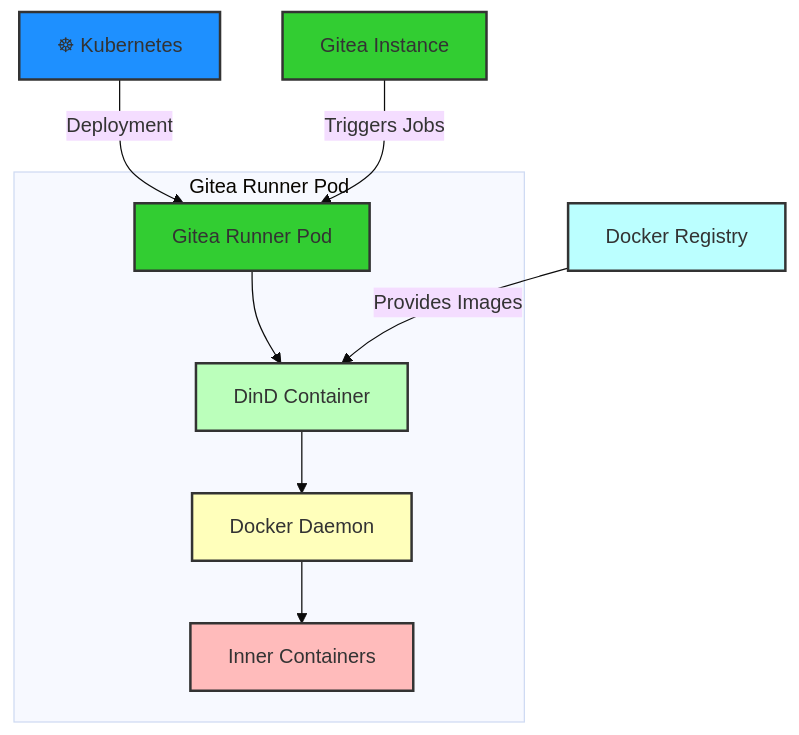
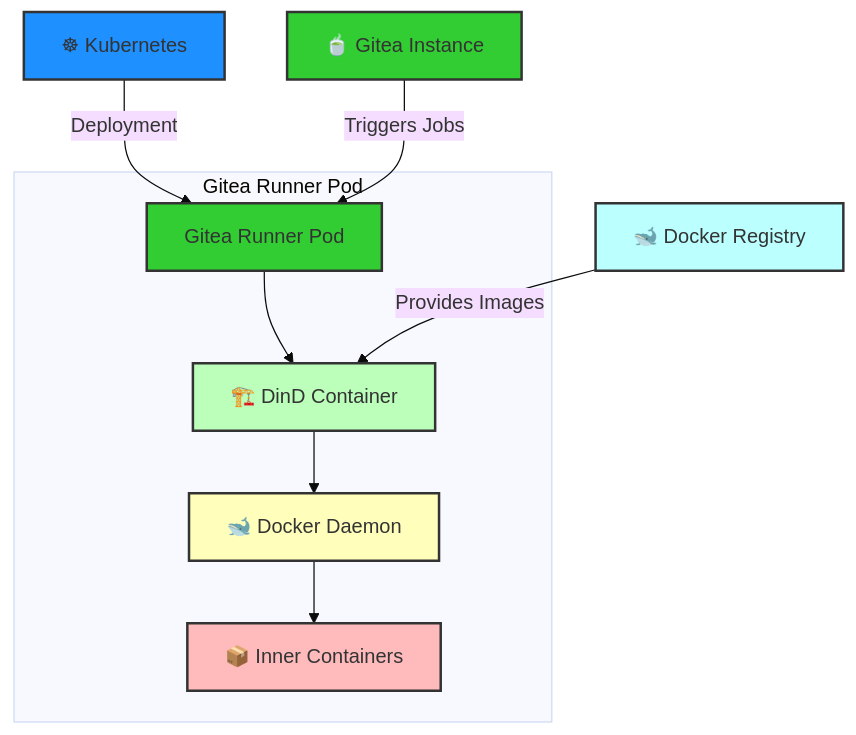
One commit to H0llyW00dzZ/My-RESTAPIs-Boilerplate changed the diagram in k8s-deployment/Gitea-Runner.md. Above: the diagram before and after it, drawn with Mermaid (base theme).

Commit message:
Update Docs [K8S Deployment] Gitea Docker-in-Docker (DinD) Runner
- [+] chore(Gitea-Runner.md): update icons for DinD Container, Docker Daemon, Inner Containers, Gitea Instance, and Docker Registry in the diagram

````diff
--- a/k8s-deployment/Gitea-Runner.md
+++ b/k8s-deployment/Gitea-Runner.md
@@ -16,21 +16,21 @@
 ```mermaid
 graph TD;
     A[☸ Kubernetes] -->|Deployment| B[Gitea Runner Pod]
     
     subgraph Gitea Runner Pod
-        B --> C[DinD Container]
-        C --> D[Docker Daemon]
-        D --> E[Inner Containers]
+        B --> C[🏗️ DinD Container]
+        C --> D[🐋 Docker Daemon]
+        D --> E[📦 Inner Containers]
     end
     
-    F[Gitea Instance] -->|Triggers Jobs| B
-    G[Docker Registry] -->|Provides Images| C
+    F[🍵 Gitea Instance] -->|Triggers Jobs| B
+    G[🐋 Docker Registry] -->|Provides Images| C
     
     style A fill:#1e90ff,stroke:#333,stroke-width:2px;
     style B fill:#32cd32,stroke:#333,stroke-width:2px;
     style C fill:#bfb,stroke:#333,stroke-width:2px;
     style D fill:#ffb,stroke:#333,stroke-width:2px;
     style E fill:#fbb,stroke:#333,stroke-width:2px;
     style F fill:#32cd32,stroke:#333,stroke-width:2px;
     style G fill:#bff,stroke:#333,stroke-width:2px;
 ```
````
